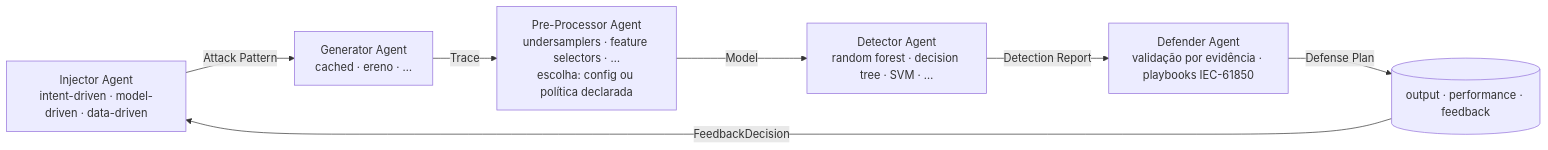
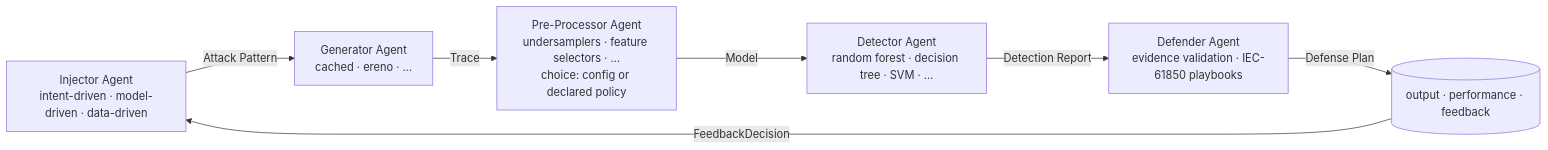
One commit to sequincozes/ereno-ai changed the diagram in docs/architecture.md. Above: the diagram before and after it, drawn with Mermaid. The commit also changed other lines of this file and 24 other files, not shown here.

````diff
--- a/docs/architecture.md
+++ b/docs/architecture.md
@@ -21,16 +21,16 @@
 ```mermaid
 flowchart LR
     I[Injector Agent<br/>intent-driven · model-driven · data-driven]
     G[Generator Agent<br/>cached · ereno · …]
-    P[Pre-Processor Agent<br/>undersamplers · feature selectors · …<br/>escolha: config ou política declarada]
+    P[Pre-Processor Agent<br/>undersamplers · feature selectors · …<br/>choice: config or declared policy]
     D[Detector Agent<br/>random forest · decision tree · SVM · …]
-    B[Defender Agent<br/>validação por evidência · playbooks IEC-61850]
+    B[Defender Agent<br/>evidence validation · IEC-61850 playbooks]
     F[(output · performance · feedback)]
 
     I -- Attack Pattern --> G
     G -- Trace --> P
     P -- Model --> D
     D -- Detection Report --> B
     B -- Defense Plan --> F
     F -- FeedbackDecision --> I
 ```
````
